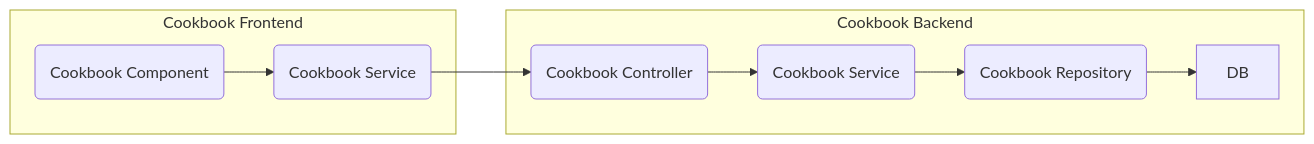
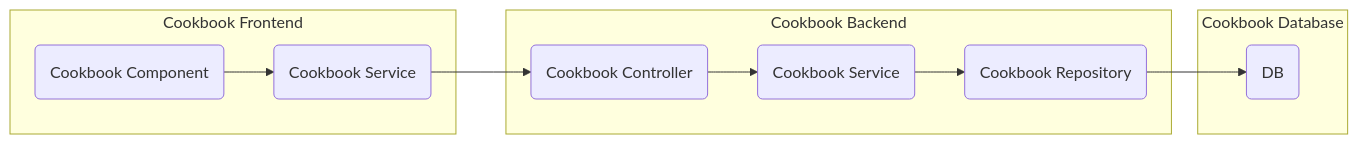
Before and after one commit to anikoloutsos/test-what-matters: the diagram in README.md, drawn with Mermaid.

Commit message:
Separate DB in project diagram

````diff
--- a/README.md
+++ b/README.md
@@ -7,17 +7,22 @@
 ```mermaid
 flowchart LR
     
     subgraph Cookbook Frontend 
         FA(Cookbook Component) --> FB(Cookbook Service)
 
     end 
     subgraph Cookbook Backend 
 
     BA(Cookbook Controller) --> BB(Cookbook Service)
     BB --> BC(Cookbook Repository)
-    BC --> BD[DB]
     end
 
+    subgraph Cookbook Database
+        DA(DB)
+    end
+    
     FB --> BA
+    BC --> DA
+
 
 ```
````
